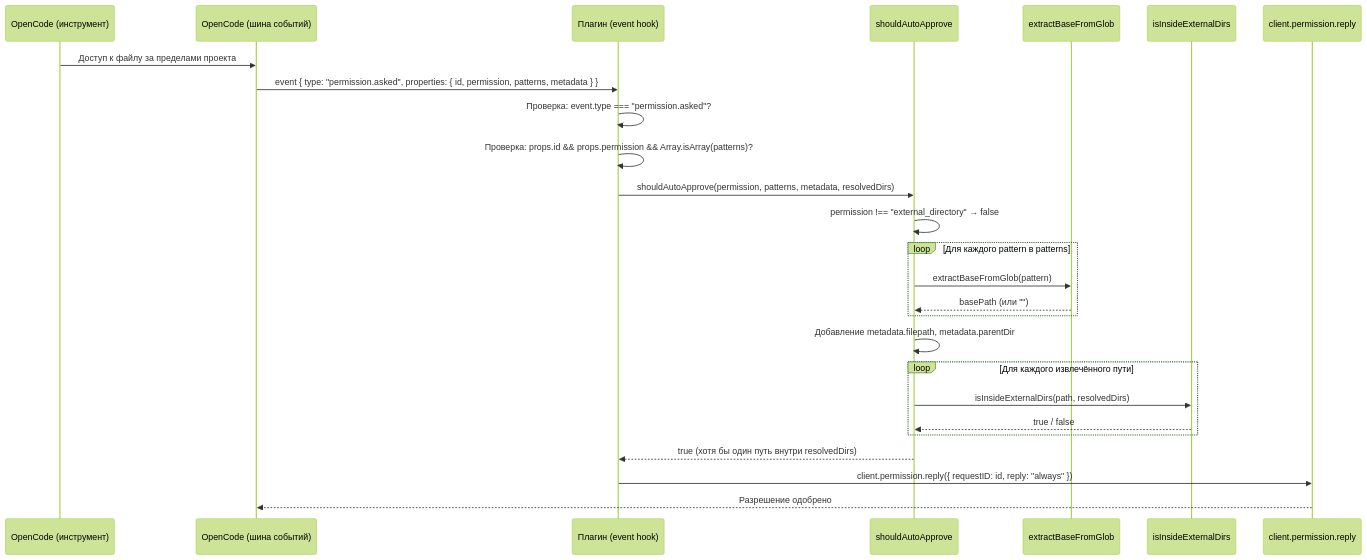
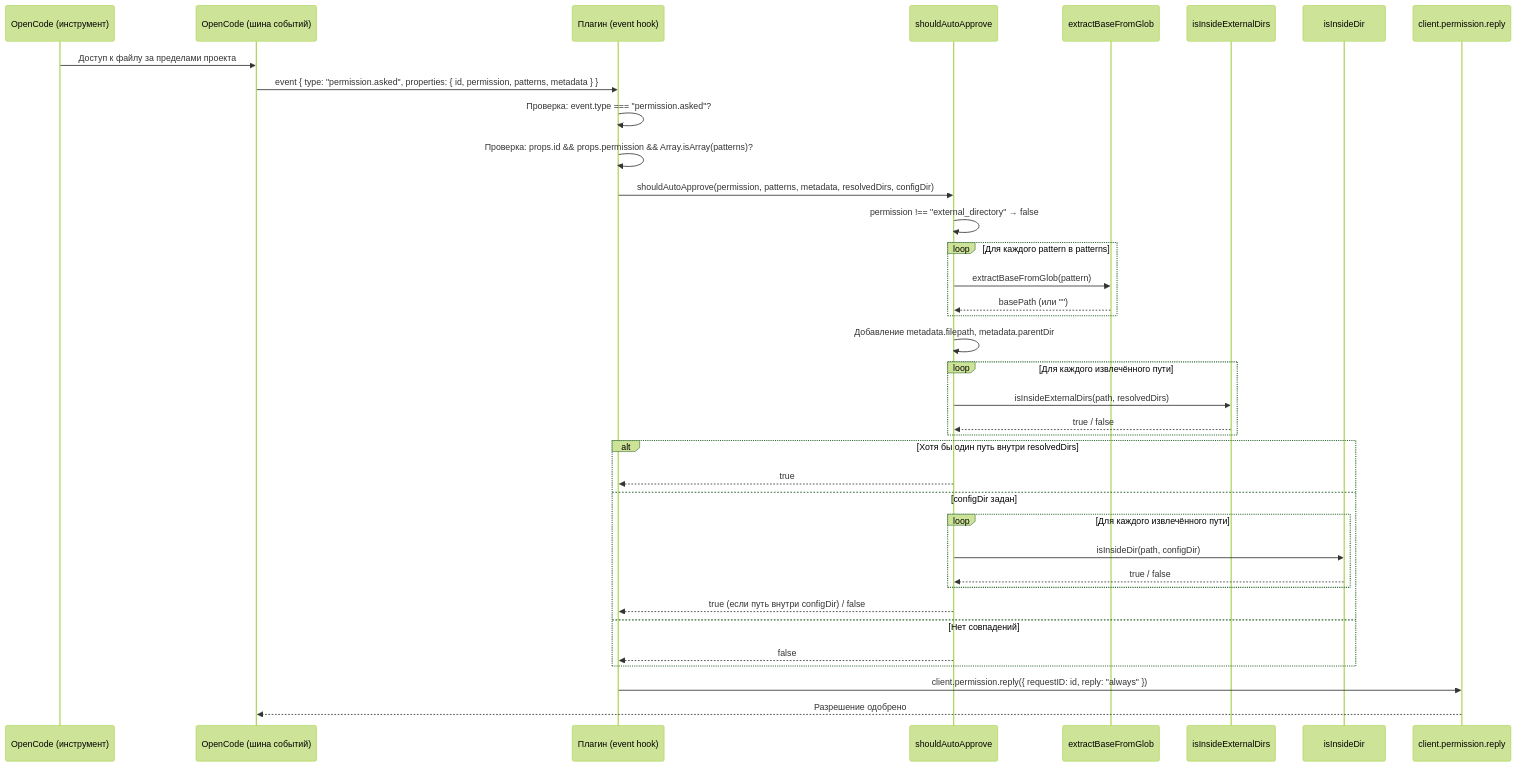
The diagram in docs/scenarios/auto-permit.md (maxvst/opencode-ext-search-plugin), drawn with Mermaid (forest theme) before and after one commit. The commit also changed other lines of this file and 31 other files, not shown here.

````diff
--- a/docs/scenarios/auto-permit.md
+++ b/docs/scenarios/auto-permit.md
@@ -11,36 +13,47 @@
 ```mermaid
 sequenceDiagram
     participant Tool as OpenCode (инструмент)
     participant Bus as OpenCode (шина событий)
     participant Hook as Плагин (event hook)
     participant SAA as shouldAutoApprove
     participant EBG as extractBaseFromGlob
     participant IIE as isInsideExternalDirs
+    participant IID as isInsideDir
     participant Reply as client.permission.reply
 
     Tool->>Bus: Доступ к файлу за пределами проекта
     Bus->>Hook: event { type: "permission.asked", properties: { id, permission, patterns, metadata } }
 
     Hook->>Hook: Проверка: event.type === "permission.asked"?
     Hook->>Hook: Проверка: props.id && props.permission && Array.isArray(patterns)?
 
-    Hook->>SAA: shouldAutoApprove(permission, patterns, metadata, resolvedDirs)
+    Hook->>SAA: shouldAutoApprove(permission, patterns, metadata, resolvedDirs, configDir)
     SAA->>SAA: permission !== "external_directory" → false
 
     loop Для каждого pattern в patterns
         SAA->>EBG: extractBaseFromGlob(pattern)
         EBG-->>SAA: basePath (или "")
     end
 
     SAA->>SAA: Добавление metadata.filepath, metadata.parentDir
 
     loop Для каждого извлечённого пути
         SAA->>IIE: isInsideExternalDirs(path, resolvedDirs)
         IIE-->>SAA: true / false
     end
 
-    SAA-->>Hook: true (хотя бы один путь внутри resolvedDirs)
+    alt Хотя бы один путь внутри resolvedDirs
+        SAA-->>Hook: true
+    else configDir задан
+        loop Для каждого извлечённого пути
+            SAA->>IID: isInsideDir(path, configDir)
+            IID-->>SAA: true / false
+        end
+        SAA-->>Hook: true (если путь внутри configDir) / false
+    else Нет совпадений
+        SAA-->>Hook: false
+    end
 
     Hook->>Reply: client.permission.reply({ requestID: id, reply: "always" })
     Reply-->>Bus: Разрешение одобрено
 ```
````
